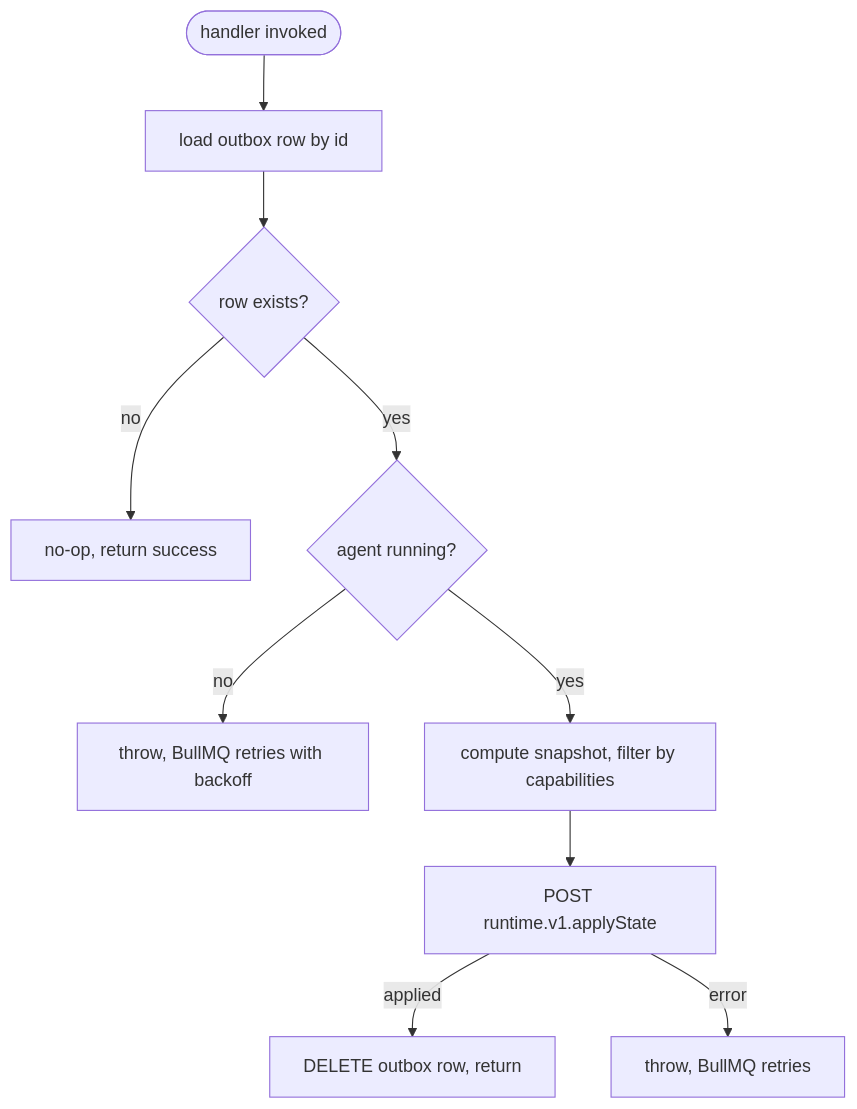
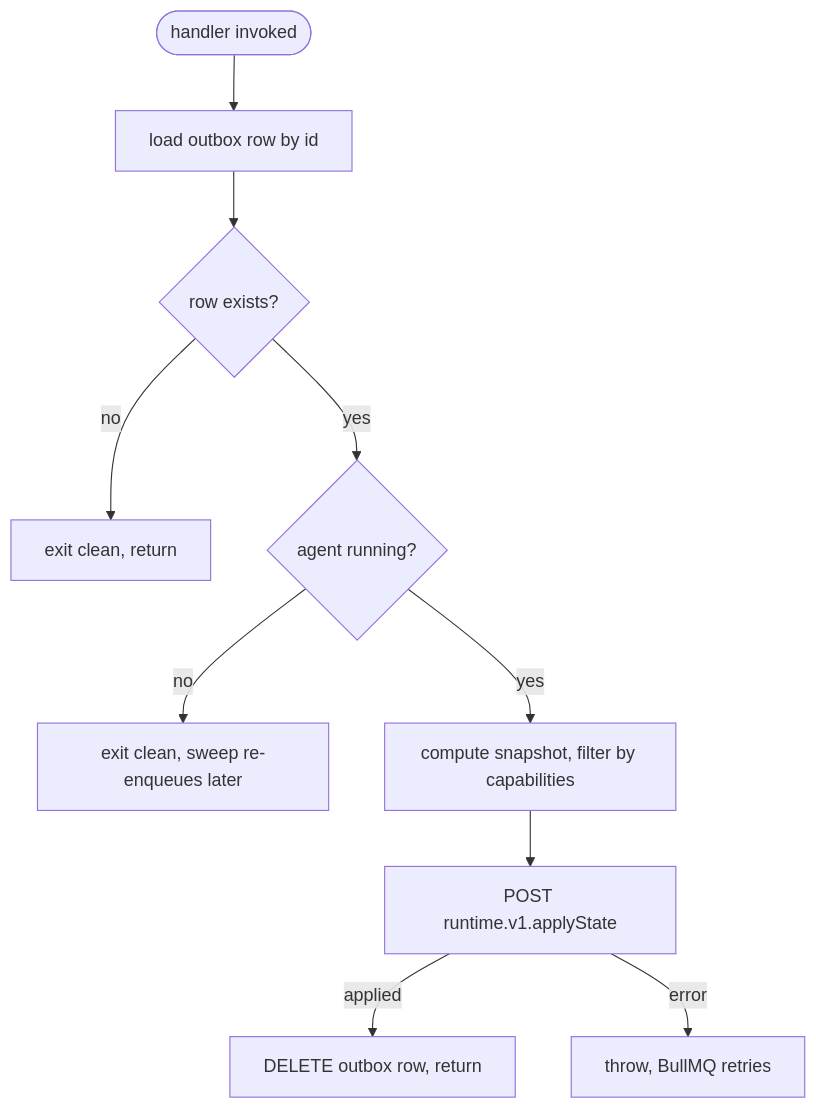
Before and after one commit to dam-agents/dam: the fifth of 5 diagrams in docs/architecture/connections.md, drawn with Mermaid. The commit also changed other lines of this file and 1 other file, not shown here.

First line of the commit message:
docs: defer offline agents to sweep, not BullMQ retry backoff

````diff
--- a/docs/architecture/connections.md
+++ b/docs/architecture/connections.md
@@ -328,21 +328,21 @@
 ```mermaid
 flowchart TD
   handlerStart([handler invoked])
   load[load outbox row by id]
   exists{row exists?}
-  noop[no-op, return success]
+  noop[exit clean, return]
   check{agent running?}
-  defer[throw, BullMQ retries with backoff]
+  defer[exit clean, sweep re-enqueues later]
   compute[compute snapshot, filter by capabilities]
   dispatch[POST runtime.v1.applyState]
   ok[DELETE outbox row, return]
   fail[throw, BullMQ retries]
 
   handlerStart --> load --> exists
   exists -->|no| noop
   exists -->|yes| check
   check -->|no| defer
   check -->|yes| compute --> dispatch
   dispatch -->|applied| ok
   dispatch -->|error| fail
 ```
````
